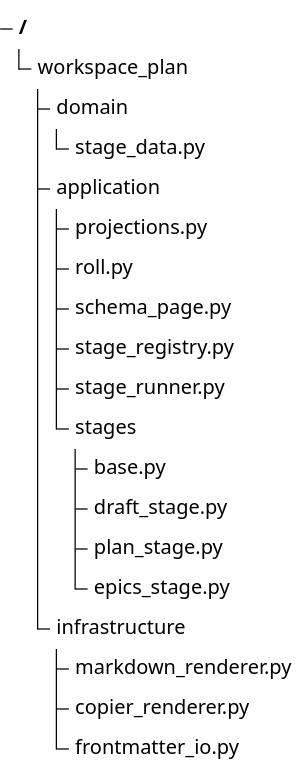
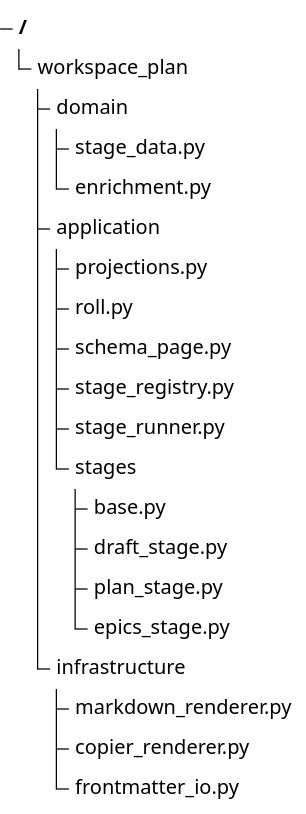
The third of 3 diagrams in .enclosure/plans/planning-workflow/epics/projected-documents/SCHEMAS.md (9orky/enclosure), drawn with Mermaid before and after one commit. The commit also changed other lines of this file and 10 other files, not shown here.

````diff
--- a/.enclosure/plans/planning-workflow/epics/projected-documents/SCHEMAS.md
+++ b/.enclosure/plans/planning-workflow/epics/projected-documents/SCHEMAS.md
@@ -215,23 +243,24 @@
 ```mermaid
 %% contract: files
 %%{init: {"theme": "base", "themeVariables": {"labelColor": "#172033", "lineColor": "#64748b"}}}%%
 treeView-beta
   "workspace_plan"
     "domain"
       "stage_data.py"
+      "enrichment.py"
     "application"
       "projections.py"
       "roll.py"
       "schema_page.py"
       "stage_registry.py"
       "stage_runner.py"
       "stages"
         "base.py"
         "draft_stage.py"
         "plan_stage.py"
         "epics_stage.py"
     "infrastructure"
       "markdown_renderer.py"
       "copier_renderer.py"
       "frontmatter_io.py"
 ```
````
